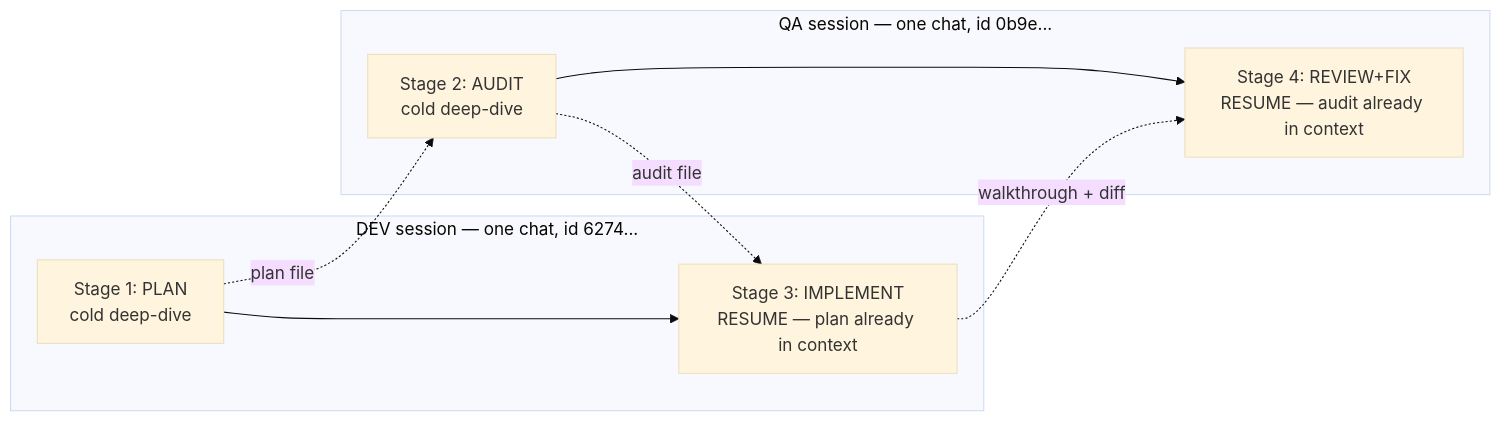
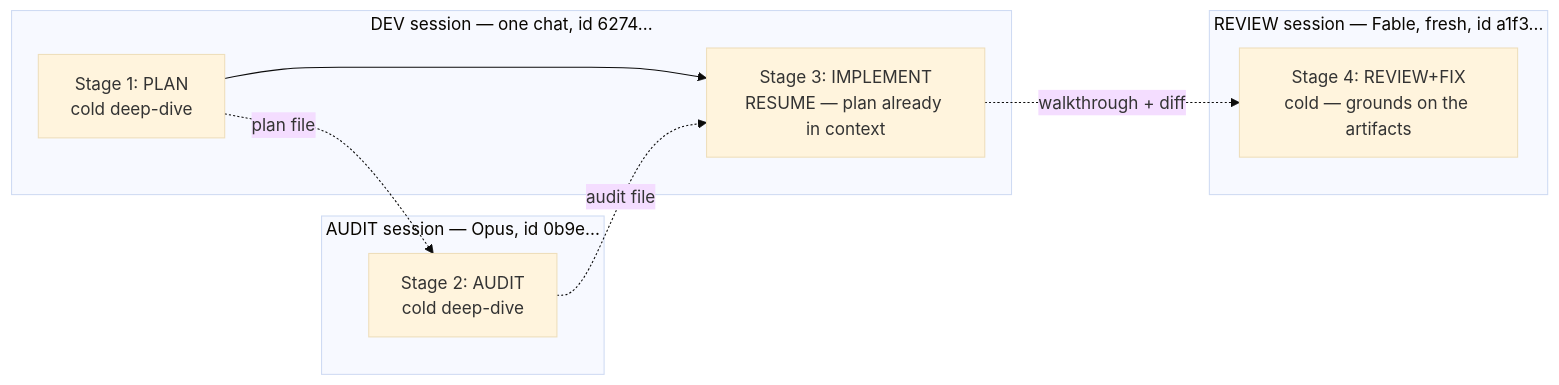
The second of 4 diagrams in .agents/reference/autopilot_bmad_dev_loop.md (sudomadhatter/Sudo_Hatter_Command), drawn with Mermaid (base theme) before and after one commit. The commit also changed other lines of this file and 19 other files, not shown here.

````diff
--- a/.agents/reference/autopilot_bmad_dev_loop.md
+++ b/.agents/reference/autopilot_bmad_dev_loop.md
@@ -95,12 +109,15 @@
 ```mermaid
 flowchart LR
     subgraph dev["DEV session — one chat, id 6274..."]
         S1["Stage 1: PLAN<br/>cold deep-dive"] --> S3["Stage 3: IMPLEMENT<br/>RESUME — plan already in context"]
     end
-    subgraph qa["QA session — one chat, id 0b9e..."]
-        S2["Stage 2: AUDIT<br/>cold deep-dive"] --> S4["Stage 4: REVIEW+FIX<br/>RESUME — audit already in context"]
+    subgraph audit["AUDIT session — Opus, id 0b9e..."]
+        S2["Stage 2: AUDIT<br/>cold deep-dive"]
+    end
+    subgraph review["REVIEW session — Fable, fresh, id a1f3..."]
+        S4["Stage 4: REVIEW+FIX<br/>cold — grounds on the artifacts"]
     end
     S1 -. "plan file" .-> S2
     S2 -. "audit file" .-> S3
     S3 -. "walkthrough + diff" .-> S4
 ```
````
